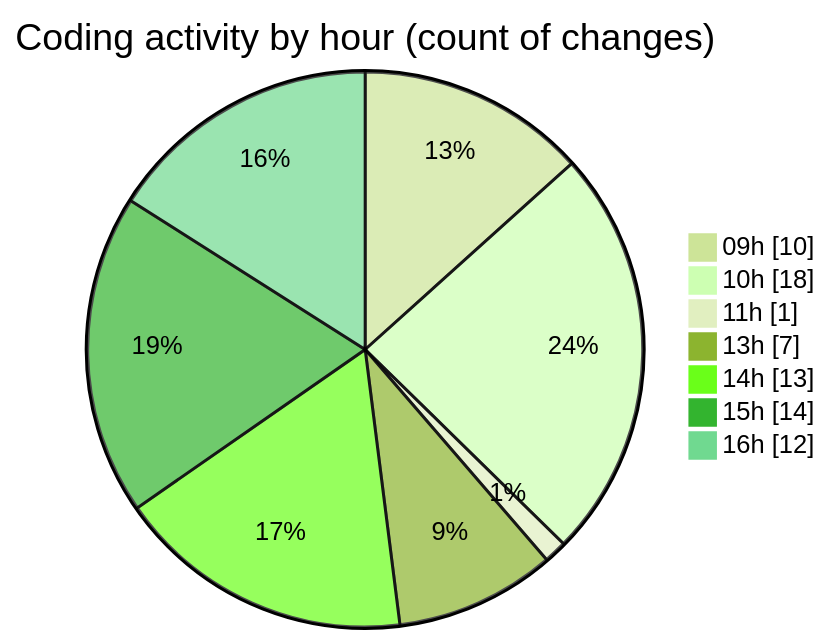
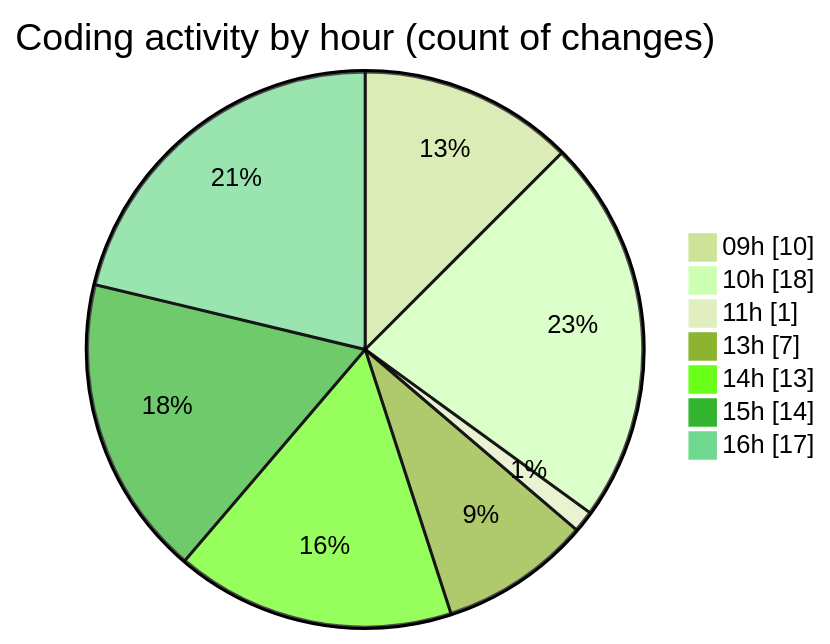
The second of 2 diagrams in 2026-04-06/airfeed-analytics-dashboard/README.md (nxtqubesakshisongat/code-tracking), drawn with Mermaid (forest theme) before and after one commit. The commit also changed other lines of this file and 1 other file, not shown here.

````diff
--- a/2026-04-06/airfeed-analytics-dashboard/README.md
+++ b/2026-04-06/airfeed-analytics-dashboard/README.md
@@ -49,11 +50,11 @@
 ```mermaid
 pie showData
 title Coding activity by hour (count of changes)
 "09h" : 10
 "10h" : 18
 "11h" : 1
 "13h" : 7
 "14h" : 13
 "15h" : 14
-"16h" : 12
+"16h" : 17
 ```
````
